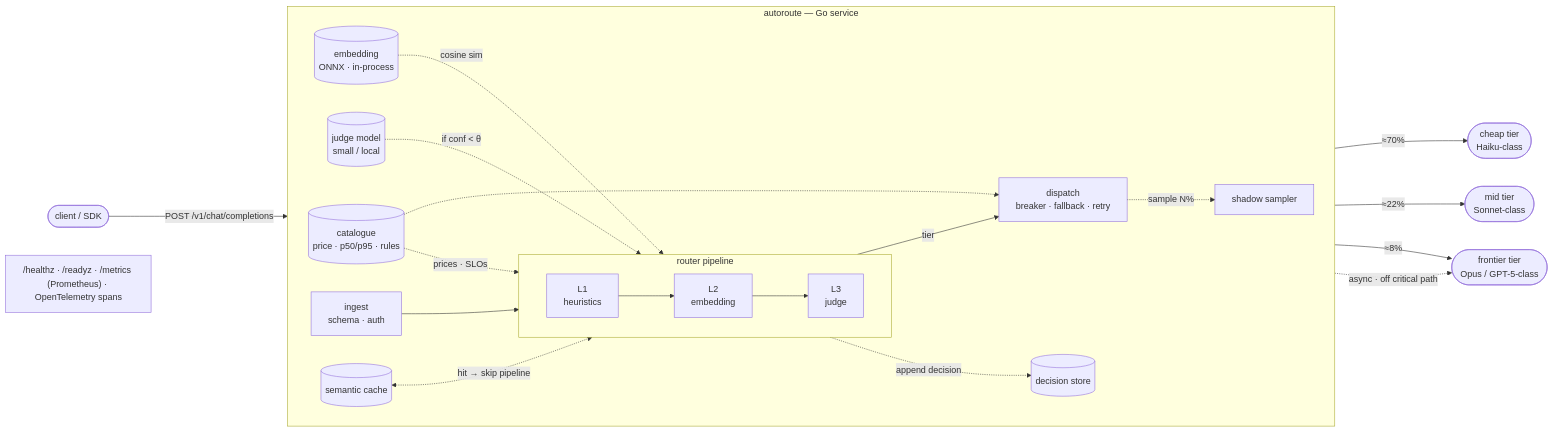
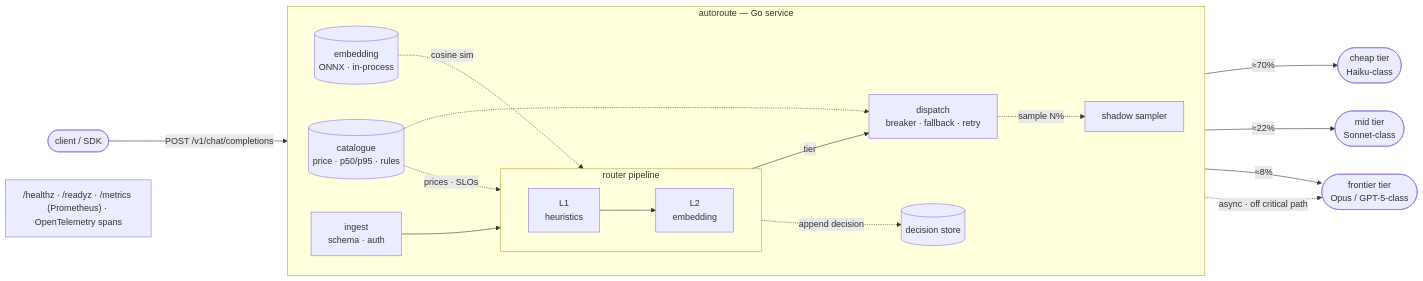
Before and after one commit to ngadakh/autoroute: the first of 3 diagrams in docs/ARCHITECTURE.md, drawn with Mermaid. The commit also changed other lines of this file and 4 other files, not shown here.

````diff
--- a/docs/ARCHITECTURE.md
+++ b/docs/ARCHITECTURE.md
@@ -32,31 +32,29 @@
 ```mermaid
 flowchart LR
     client(["client / SDK"]) -->|"POST /v1/chat/completions"| ingest
 
     subgraph autoroute["autoroute — Go service"]
         direction LR
         ingest["ingest<br/>schema · auth"] --> pipeline
 
         subgraph pipeline["router pipeline"]
             direction LR
-            L1["L1<br/>heuristics"] --> L2["L2<br/>embedding"] --> L3["L3<br/>judge"]
+            L1["L1<br/>heuristics"] --> L2["L2<br/>embedding"]
         end
 
         pipeline -->|tier| dispatch["dispatch<br/>breaker · fallback · retry"]
 
         embed[("embedding<br/>ONNX · in-process")] -. "cosine sim" .-> L2
-        judge[("judge model<br/>small / local")] -. "if conf &lt; θ" .-> L3
         catalogue[("catalogue<br/>price · p50/p95 · rules")] -. "prices · SLOs" .-> pipeline
         catalogue -.-> dispatch
-        cache[("semantic cache")] <-. "hit → skip pipeline" .-> pipeline
         pipeline -. "append decision" .-> store[("decision store")]
         dispatch -. "sample N%" .-> shadow["shadow sampler"]
     end
 
     dispatch -->|"≈70%"| cheap(["cheap tier<br/>Haiku-class"])
     dispatch -->|"≈22%"| mid(["mid tier<br/>Sonnet-class"])
     dispatch -->|"≈8%"| frontier(["frontier tier<br/>Opus / GPT-5-class"])
     shadow -. "async · off critical path" .-> frontier
 
     obs["/healthz · /readyz · /metrics (Prometheus) · OpenTelemetry spans"]
 ```
````
